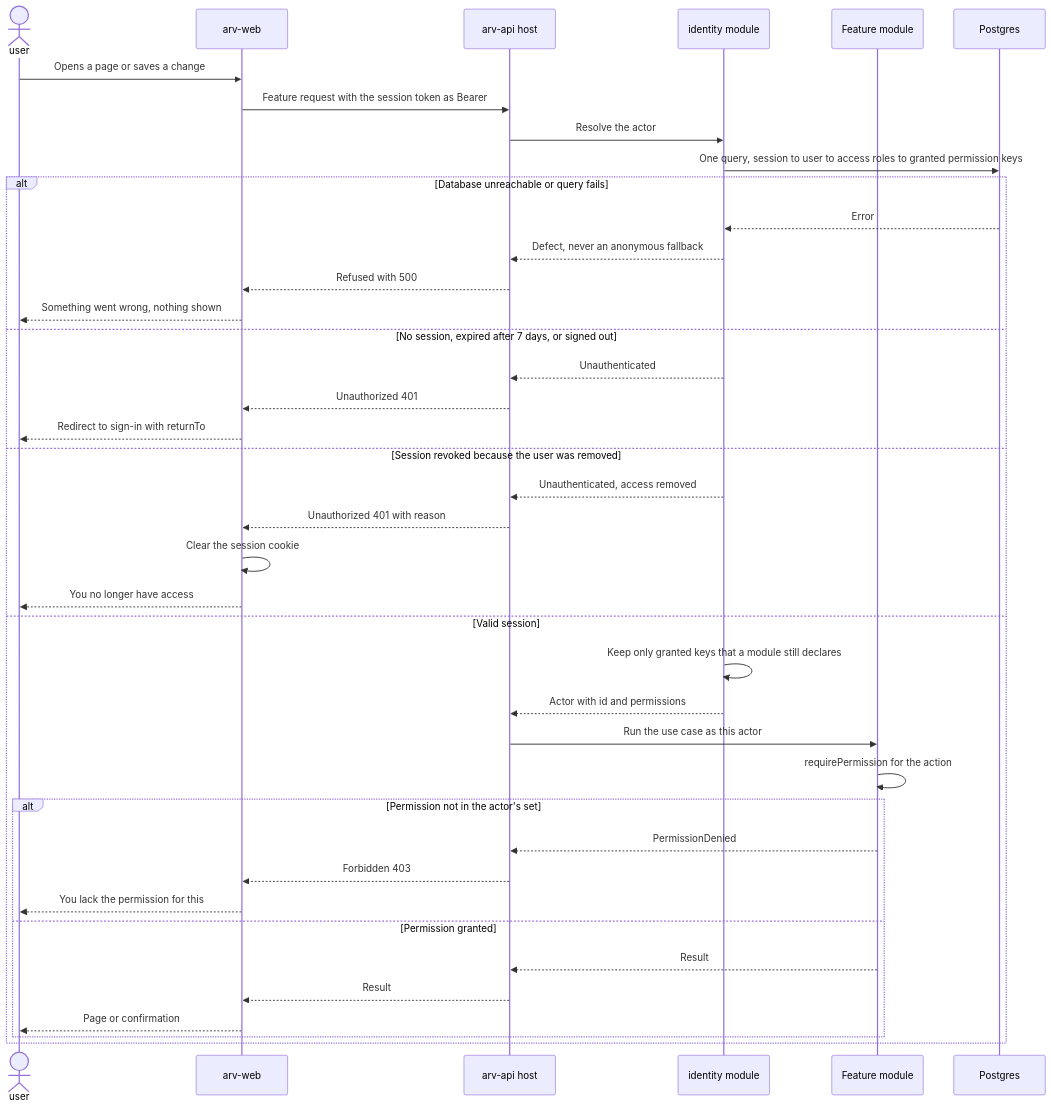
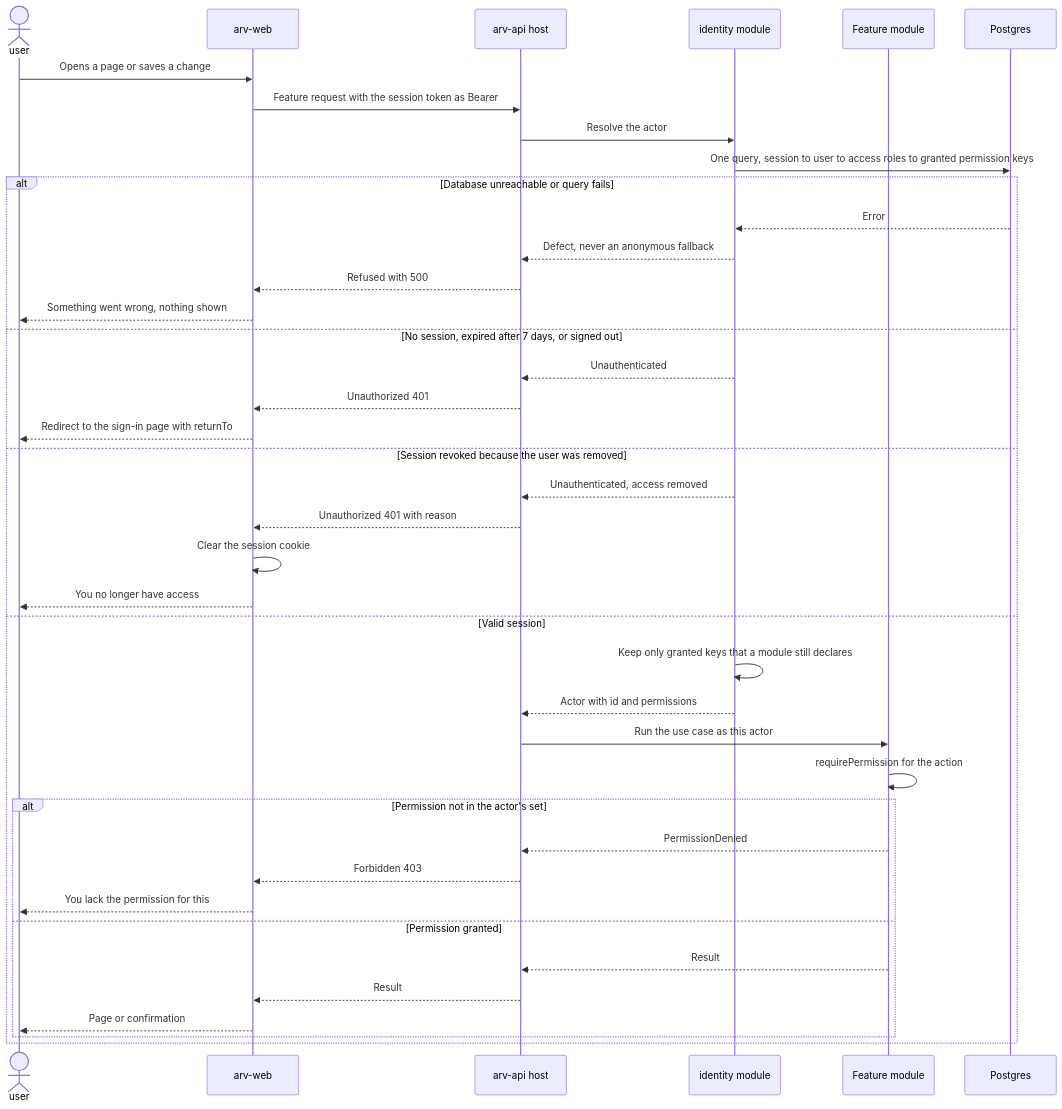
Before and after one commit to Arvest-Digital/arv-intranet: the fourth of 13 diagrams in docs/features/identity/sad.md, drawn with Mermaid. The commit also changed other lines of this file and 3 other files, not shown here.

First line of the commit message:
docs(identity): add an explicit sign-in page before the Google redirect

````diff
--- a/docs/features/identity/sad.md
+++ b/docs/features/identity/sad.md
@@ -308,42 +311,42 @@
 ```mermaid
 sequenceDiagram
     actor U as user
     participant W as arv-web
     participant H as arv-api host
     participant I as identity module
     participant F as Feature module
     participant DB as Postgres
     U->>W: Opens a page or saves a change
     W->>H: Feature request with the session token as Bearer
     H->>I: Resolve the actor
     I->>DB: One query, session to user to access roles to granted permission keys
     alt Database unreachable or query fails
         DB-->>I: Error
         I-->>H: Defect, never an anonymous fallback
         H-->>W: Refused with 500
         W-->>U: Something went wrong, nothing shown
     else No session, expired after 7 days, or signed out
         I-->>H: Unauthenticated
         H-->>W: Unauthorized 401
-        W-->>U: Redirect to sign-in with returnTo
+        W-->>U: Redirect to the sign-in page with returnTo
     else Session revoked because the user was removed
         I-->>H: Unauthenticated, access removed
         H-->>W: Unauthorized 401 with reason
         W->>W: Clear the session cookie
         W-->>U: You no longer have access
     else Valid session
         I->>I: Keep only granted keys that a module still declares
         I-->>H: Actor with id and permissions
         H->>F: Run the use case as this actor
         F->>F: requirePermission for the action
         alt Permission not in the actor's set
             F-->>H: PermissionDenied
             H-->>W: Forbidden 403
             W-->>U: You lack the permission for this
         else Permission granted
             F-->>H: Result
             H-->>W: Result
             W-->>U: Page or confirmation
         end
     end
 ```
````
